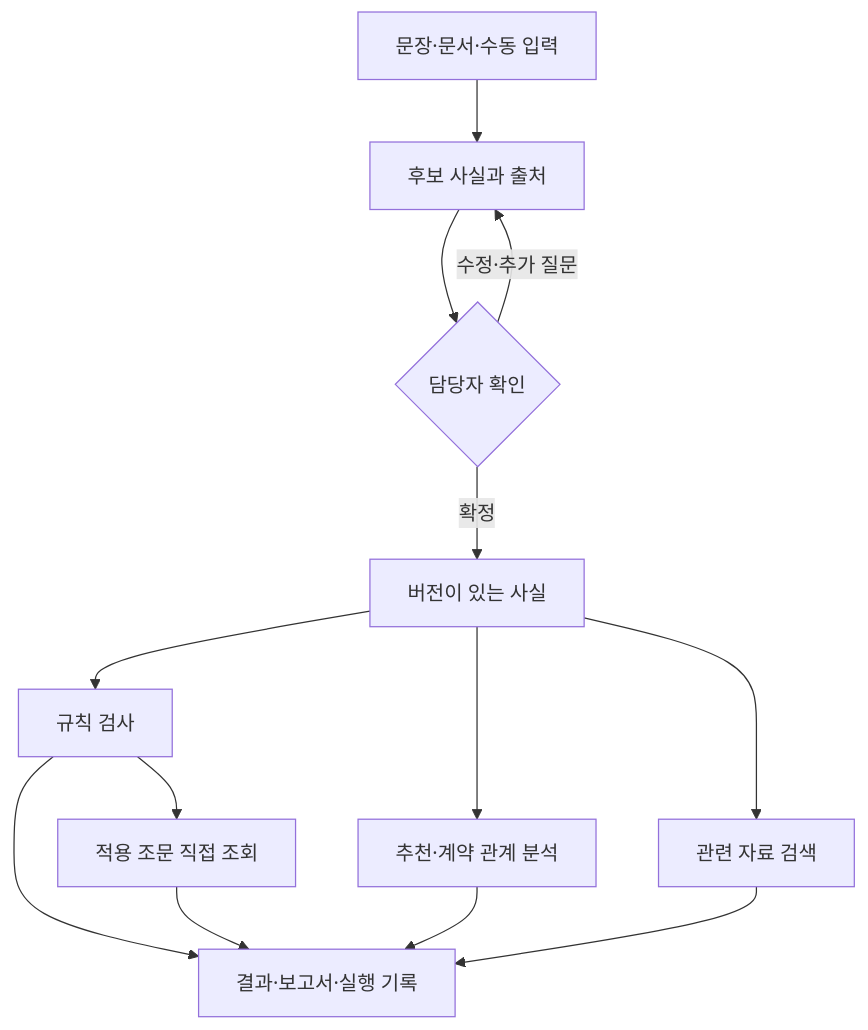
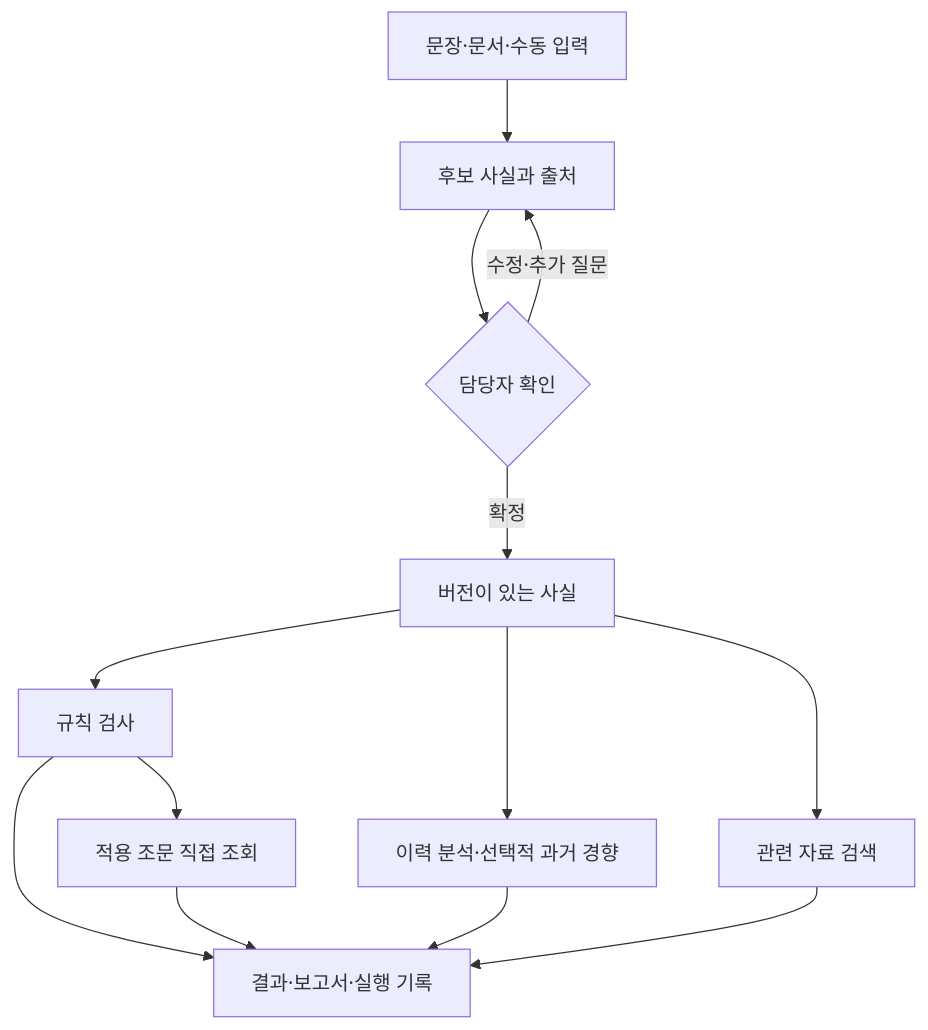
Before and after one commit to AnonymousHeretic/MIL_Check: the diagram in docs/championship/architecture.md, drawn with Mermaid. The commit also changed other lines of this file and 14 other files, not shown here.

````diff
--- a/docs/championship/architecture.md
+++ b/docs/championship/architecture.md
@@ -30,15 +31,15 @@
 ```mermaid
 flowchart TD
     U["문장·문서·수동 입력"] --> I["후보 사실과 출처"]
     I --> H{"담당자 확인"}
     H -->|수정·추가 질문| I
     H -->|확정| F["버전이 있는 사실"]
     F --> R["규칙 검사"]
-    F --> A["추천·계약 관계 분석"]
+    F --> A["이력 분석·선택적 과거 경향"]
     R --> L["적용 조문 직접 조회"]
     F --> S["관련 자료 검색"]
     R --> O["결과·보고서·실행 기록"]
     L --> O
     A --> O
     S --> O
 ```
````
